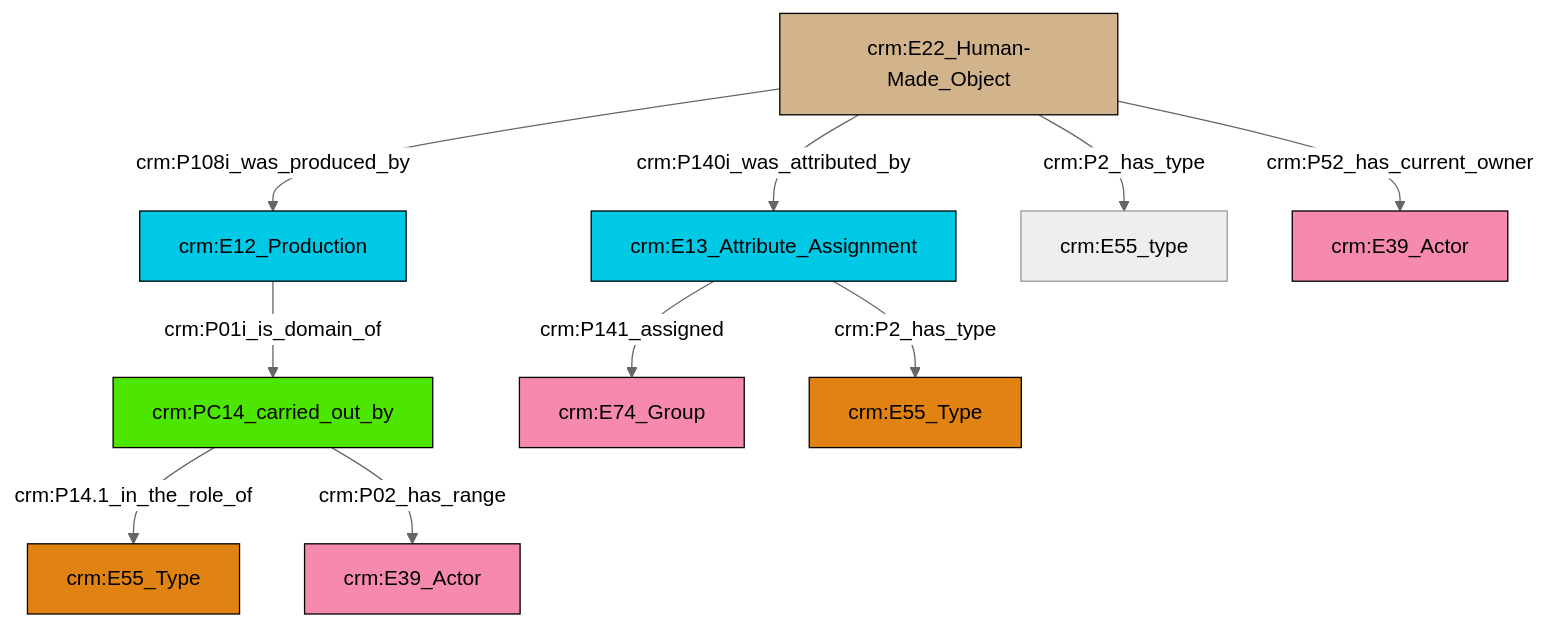
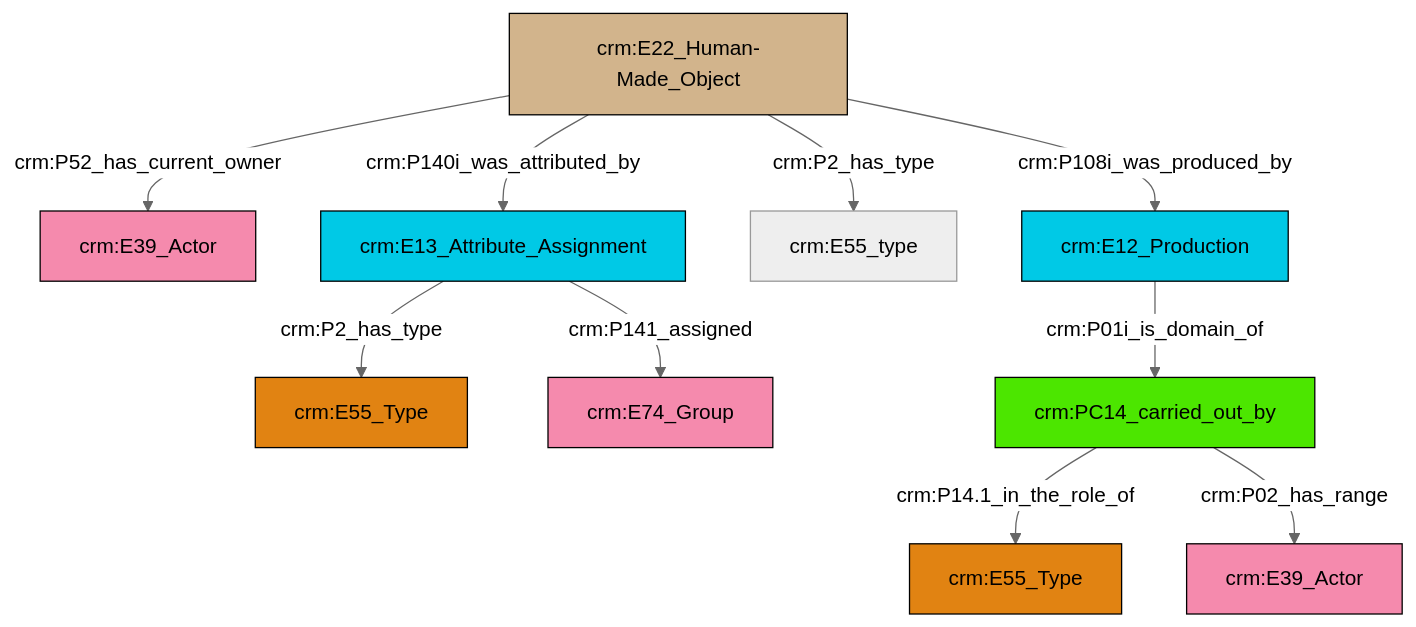
One commit to swiss-art-research-net/reference-data-models changed the diagram in et/builtWorkCSV/ttl/mmd/Built_Work_actor_relations.ttl.mmd. Above: the diagram before and after it, drawn with Mermaid (neutral theme). The commit also changed 128 other files, not shown here.

```diff
--- a/et/builtWorkCSV/ttl/mmd/Built_Work_actor_relations.ttl.mmd
+++ b/et/builtWorkCSV/ttl/mmd/Built_Work_actor_relations.ttl.mmd
@@ -1,24 +1,24 @@
 graph TD
 classDef Literal fill:#f2f2f2,stroke:#000000;
 classDef CRM_Entity fill:#FFFFFF,stroke:#000000;
 classDef Temporal_Entity fill:#00C9E6, stroke:#000000;
 classDef Type fill:#E18312, stroke:#000000;
 classDef Time-Span fill:#2C9C91, stroke:#000000;
 classDef Appellation fill:#FFEB7F, stroke:#000000;
 classDef Place fill:#008836, stroke:#000000;
 classDef Persistent_Item fill:#B266B2, stroke:#000000;
 classDef Conceptual_Object fill:#FFD700, stroke:#000000;
 classDef Physical_Thing fill:#D2B48C, stroke:#000000;
 classDef Actor fill:#f58aad, stroke:#000000;
 classDef PC_Classes fill:#4ce600, stroke:#000000;
 classDef Multi fill:#cccccc,stroke:#000000;
 
-2["crm:PC14_carried_out_by"]:::PC_Classes -->|crm:P14.1_in_the_role_of| 6["crm:E55_Type"]:::Type
-0["crm:E12_Production"]:::Temporal_Entity -->|crm:P01i_is_domain_of| 2["crm:PC14_carried_out_by"]:::PC_Classes
-2["crm:PC14_carried_out_by"]:::PC_Classes -->|crm:P02_has_range| 7["crm:E39_Actor"]:::Actor
-9["crm:E22_Human-Made_Object"]:::Physical_Thing -->|crm:P140i_was_attributed_by| 10["crm:E13_Attribute_Assignment"]:::Temporal_Entity
-9["crm:E22_Human-Made_Object"]:::Physical_Thing -->|crm:P2_has_type| 11["crm:E55_type"]:::Default
-10["crm:E13_Attribute_Assignment"]:::Temporal_Entity -->|crm:P2_has_type| 13["crm:E55_Type"]:::Type
-10["crm:E13_Attribute_Assignment"]:::Temporal_Entity -->|crm:P141_assigned| 4["crm:E74_Group"]:::Actor
-9["crm:E22_Human-Made_Object"]:::Physical_Thing -->|crm:P108i_was_produced_by| 0["crm:E12_Production"]:::Temporal_Entity
-9["crm:E22_Human-Made_Object"]:::Physical_Thing -->|crm:P52_has_current_owner| 16["crm:E39_Actor"]:::Actor
+8["crm:E13_Attribute_Assignment"]:::Temporal_Entity -->|crm:P2_has_type| 0["crm:E55_Type"]:::Type
+9["crm:E22_Human-Made_Object"]:::Physical_Thing -->|crm:P108i_was_produced_by| 4["crm:E12_Production"]:::Temporal_Entity
+8["crm:E13_Attribute_Assignment"]:::Temporal_Entity -->|crm:P141_assigned| 10["crm:E74_Group"]:::Actor
+9["crm:E22_Human-Made_Object"]:::Physical_Thing -->|crm:P2_has_type| 6["crm:E55_type"]:::Default
+4["crm:E12_Production"]:::Temporal_Entity -->|crm:P01i_is_domain_of| 16["crm:PC14_carried_out_by"]:::PC_Classes
+9["crm:E22_Human-Made_Object"]:::Physical_Thing -->|crm:P52_has_current_owner| 2["crm:E39_Actor"]:::Actor
+16["crm:PC14_carried_out_by"]:::PC_Classes -->|crm:P14.1_in_the_role_of| 11["crm:E55_Type"]:::Type
+16["crm:PC14_carried_out_by"]:::PC_Classes -->|crm:P02_has_range| 13["crm:E39_Actor"]:::Actor
+9["crm:E22_Human-Made_Object"]:::Physical_Thing -->|crm:P140i_was_attributed_by| 8["crm:E13_Attribute_Assignment"]:::Temporal_Entity
```
